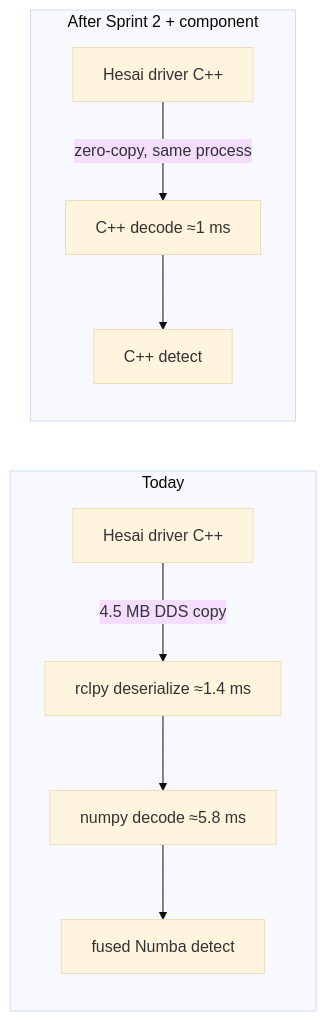
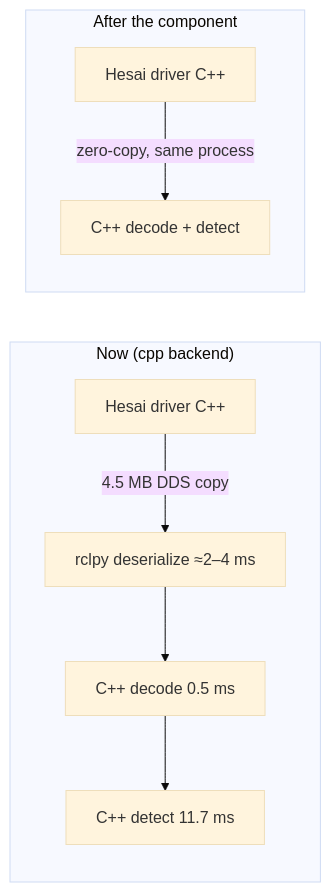
One commit to isc-fs/IFS09-DV-PIPELINE changed the diagram in docs/arm_optimization/next_steps.md. Above: the diagram before and after it, drawn with Mermaid (base theme). The commit also changed other lines of this file and 2 other files, not shown here.

Commit message:
docs(arm_optimization): C++ core measured on the RK3588, decode + detect p99 40.3 -> 24.6 ms

````diff
--- a/docs/arm_optimization/next_steps.md
+++ b/docs/arm_optimization/next_steps.md
@@ -31,9 +40,9 @@
 ```mermaid
 flowchart LR
-    subgraph Today
-        H1[Hesai driver C++] -->|4.5 MB DDS copy| P1[rclpy deserialize ≈1.4 ms] --> D1[numpy decode ≈5.8 ms] --> F1[fused Numba detect]
+    subgraph Now["Now (cpp backend)"]
+        H1[Hesai driver C++] -->|4.5 MB DDS copy| P1[rclpy deserialize ≈2–4 ms] --> D1[C++ decode 0.5 ms] --> F1[C++ detect 11.7 ms]
     end
-    subgraph Sprint2["After Sprint 2 + component"]
-        H2[Hesai driver C++] -->|zero-copy, same process| D2[C++ decode ≈1 ms] --> F2[C++ detect]
+    subgraph Next["After the component"]
+        H2[Hesai driver C++] -->|zero-copy, same process| F2[C++ decode + detect]
     end
 ```
````
